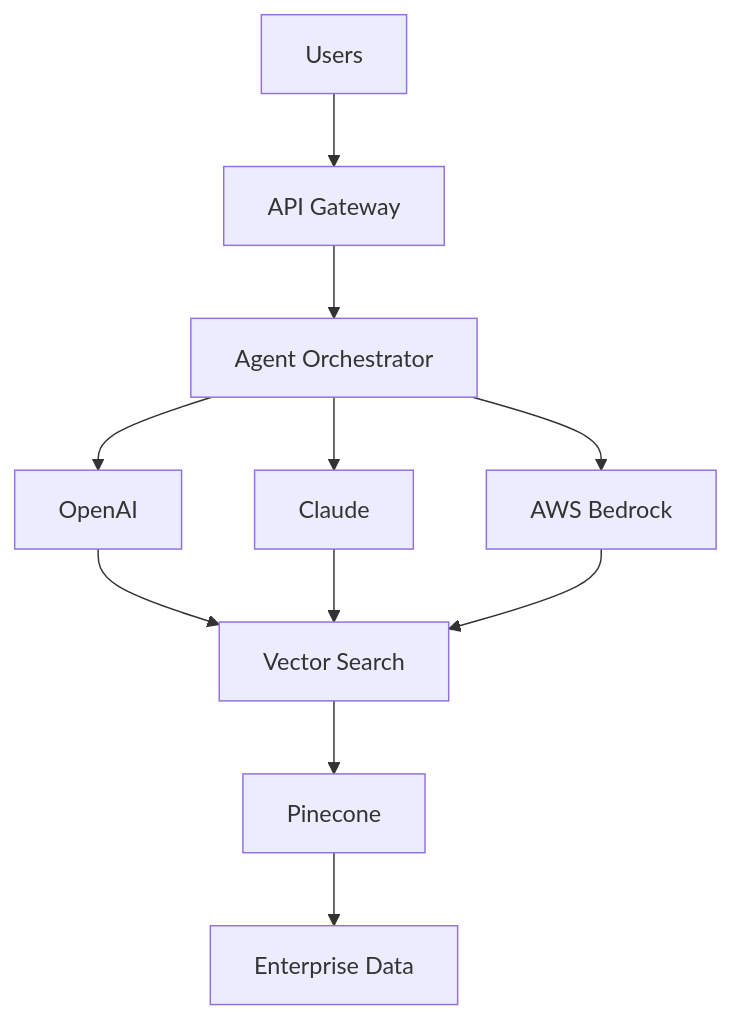
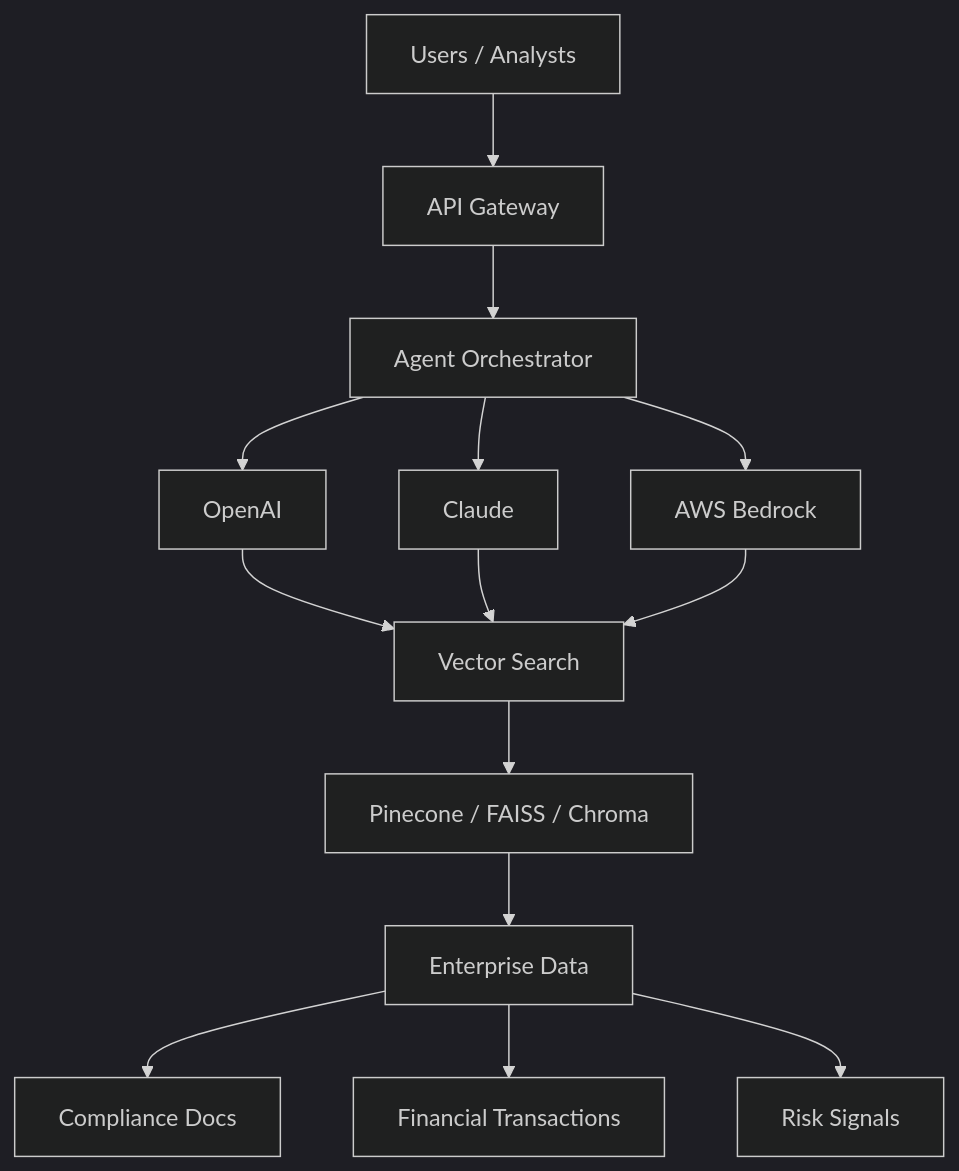
The first of 3 diagrams in README.md (Tharunkumar0205/Tharunkumar0205), drawn with Mermaid before and after one commit. The commit also changed other lines of this file, not shown here.

````diff
--- a/README.md
+++ b/README.md
@@ -135,16 +195,21 @@
 ```mermaid
+%%{init: {'theme':'dark'}}%%
 graph TD
-    A[Users] --> B[API Gateway]
+    A[Users / Analysts] --> B[API Gateway]
     B --> C[Agent Orchestrator]
 
     C --> D[OpenAI]
     C --> E[Claude]
     C --> F[AWS Bedrock]
 
     D --> G[Vector Search]
     E --> G
     F --> G
 
-    G --> H[Pinecone]
+    G --> H[Pinecone / FAISS / Chroma]
     H --> I[Enterprise Data]
+
+    I --> J[Compliance Docs]
+    I --> K[Financial Transactions]
+    I --> L[Risk Signals]
 ```
````
